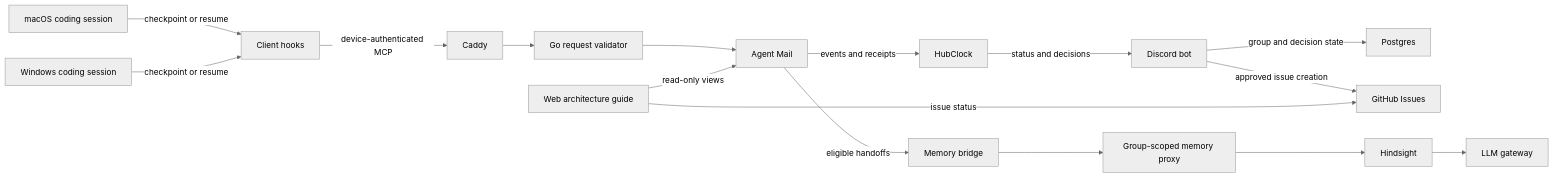
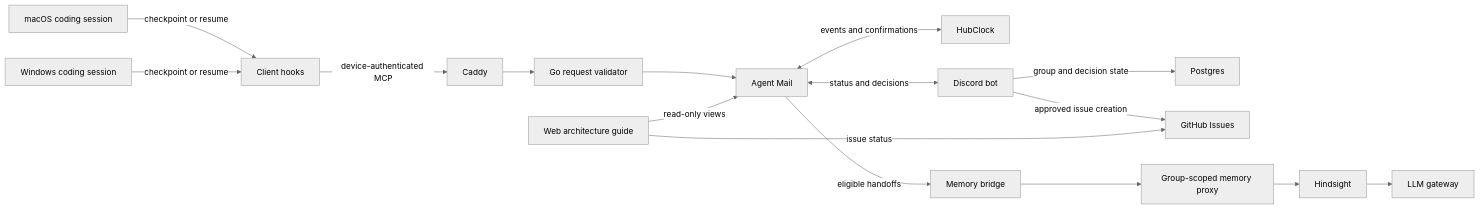
The diagram in README.md (yuipan0611/dont-be-a-meat-proxy), drawn with Mermaid (neutral theme) before and after one commit. The commit also changed other lines of this file and 5 other files, not shown here.

````diff
--- a/README.md
+++ b/README.md
@@ -9,18 +9,18 @@
 ```mermaid
 flowchart LR
   Mac["macOS coding session"] -->|checkpoint or resume| Hooks["Client hooks"]
   Win["Windows coding session"] -->|checkpoint or resume| Hooks
   Hooks -->|device-authenticated MCP| Edge["Caddy"]
   Edge --> Validator["Go request validator"]
   Validator --> Mail["Agent Mail"]
-  Mail -->|events and receipts| Clock["HubClock"]
-  Clock -->|status and decisions| Bot["Discord bot"]
+  Mail <-->|events and confirmations| Clock["HubClock"]
+  Mail <-->|status and decisions| Bot["Discord bot"]
   Bot -->|group and decision state| DB["Postgres"]
   Bot -->|approved issue creation| Issues["GitHub Issues"]
   Guide["Web architecture guide"] -->|read-only views| Mail
   Guide -->|issue status| Issues
   Mail -->|eligible handoffs| Bridge["Memory bridge"]
   Bridge --> Bank["Group-scoped memory proxy"]
   Bank --> Memory["Hindsight"]
   Memory --> Gateway["LLM gateway"]
 ```
````
